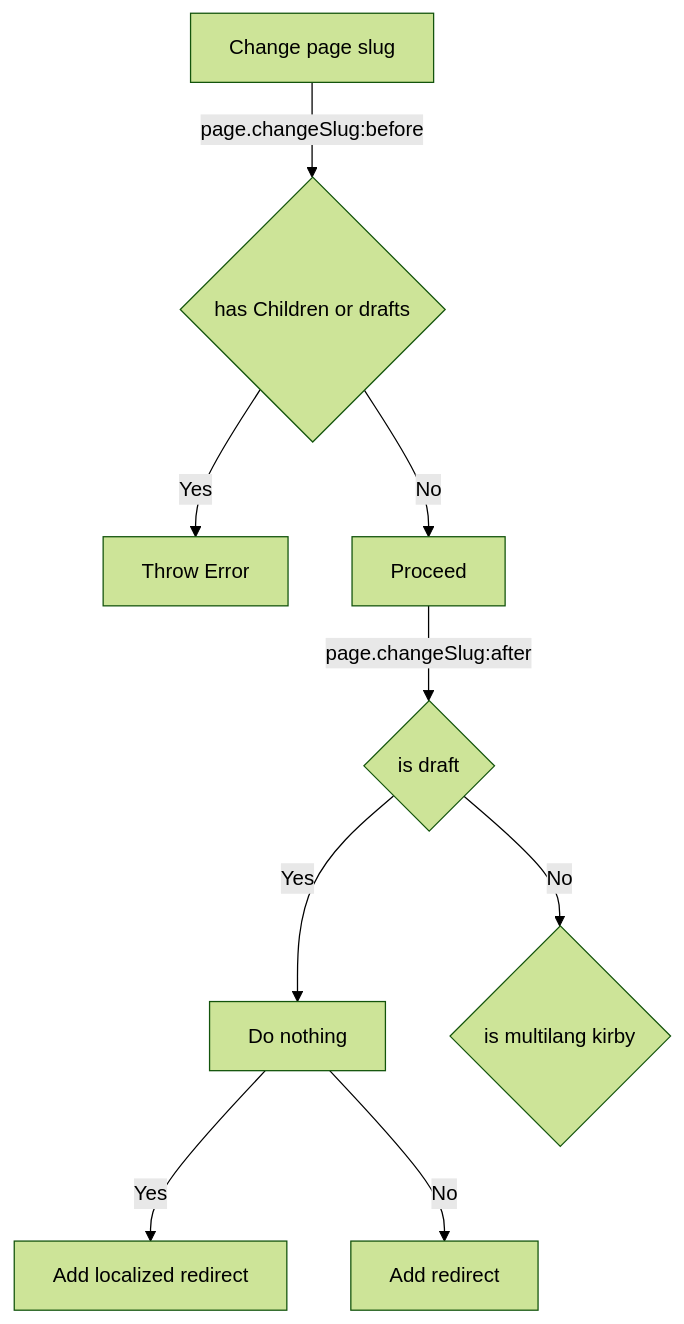
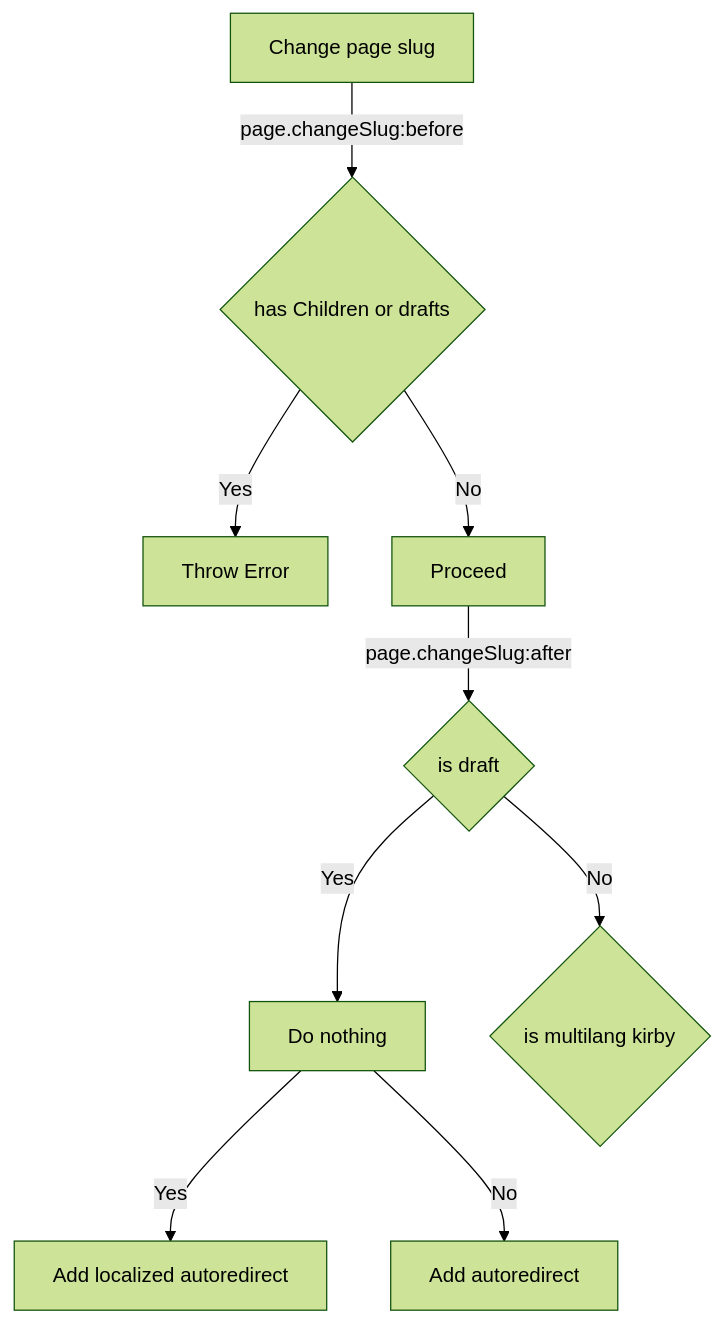
Before and after one commit to bvdputte/kirby-redirects: the second of 5 diagrams in readme.md, drawn with Mermaid (forest theme). The commit also changed other lines of this file, not shown here.

````diff
--- a/readme.md
+++ b/readme.md
@@ -82,13 +82,13 @@
 ```mermaid
 graph TD
     A[Change page slug] -->|page.changeSlug:before| B
     B{has Children or drafts}
     B --> |Yes| C[Throw Error]
     B --> |No| D[Proceed]
     D -->|page.changeSlug:after| E
     E{is draft}
     E -->|Yes| F[Do nothing]
     E -->|No| G{is multilang kirby}
-    F -->|Yes| H[Add localized redirect]
-    F -->|No| I[Add redirect]
+    F -->|Yes| H[Add localized autoredirect]
+    F -->|No| I[Add autoredirect]
 ```
````
